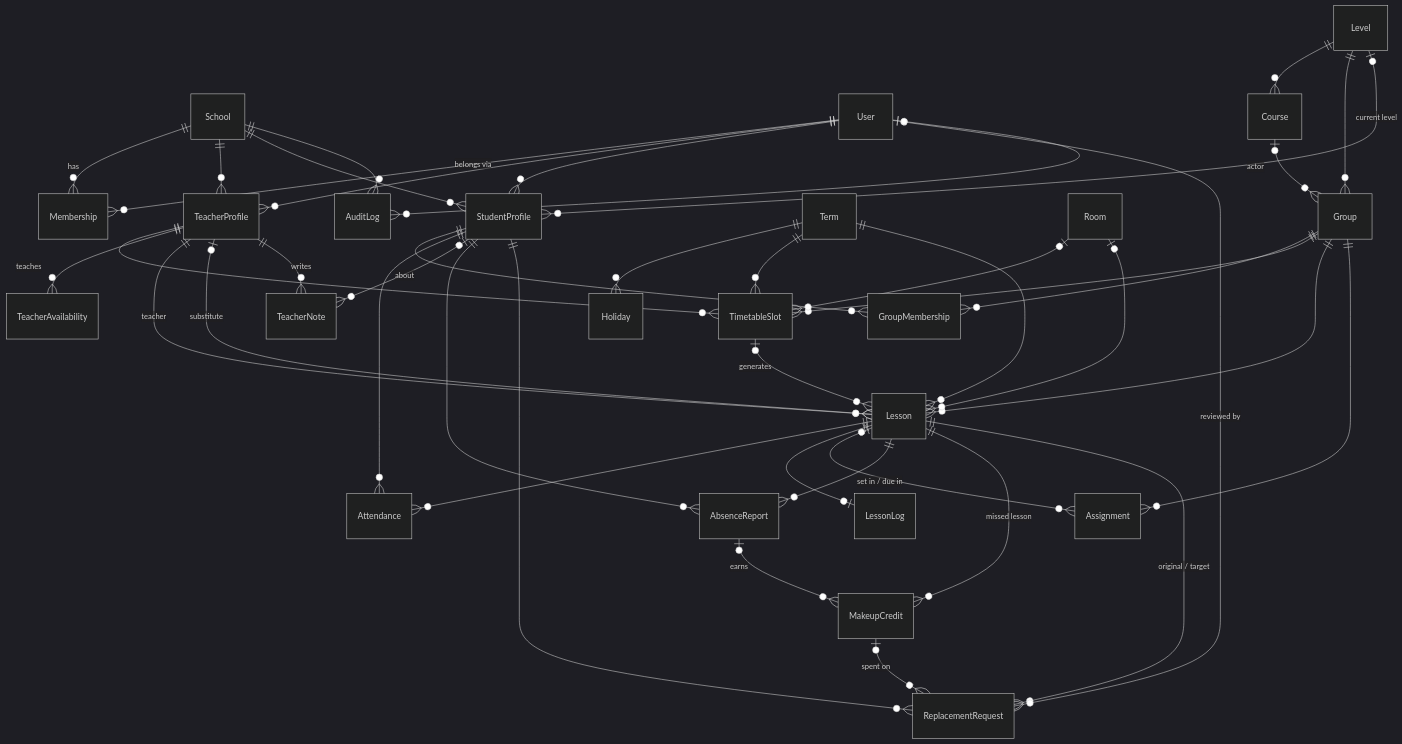
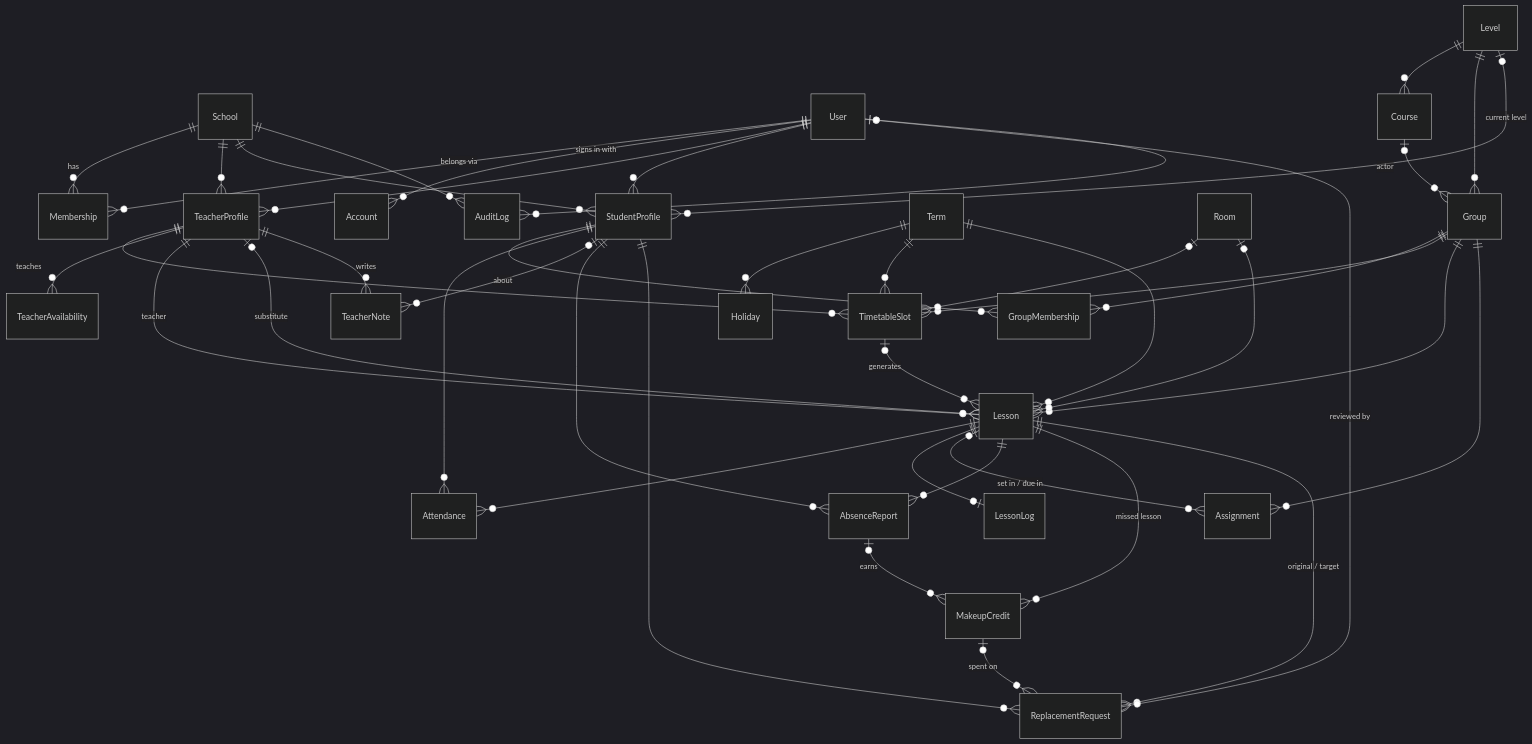
Before and after one commit to NoncommissionedRush/schoolmanager: the diagram in docs/architecture/data-model.md, drawn with Mermaid (dark theme). The commit also changed other lines of this file and 6 other files, not shown here.

````diff
--- a/docs/architecture/data-model.md
+++ b/docs/architecture/data-model.md
@@ -104,50 +120,51 @@
 ```mermaid
 erDiagram
   School ||--o{ Membership : has
   User ||--o{ Membership : "belongs via"
+  User ||--o{ Account : "signs in with"
   User ||--o{ TeacherProfile : ""
   User ||--o{ StudentProfile : ""
   School ||--o{ TeacherProfile : ""
   School ||--o{ StudentProfile : ""
 
   Level ||--o{ Course : ""
   Level ||--o{ Group : ""
   Level |o--o{ StudentProfile : "current level"
   Course |o--o{ Group : ""
   Group ||--o{ GroupMembership : ""
   StudentProfile ||--o{ GroupMembership : ""
 
   Term ||--o{ Holiday : ""
   Term ||--o{ TimetableSlot : ""
   Group ||--o{ TimetableSlot : ""
   TeacherProfile ||--o{ TimetableSlot : teaches
   Room |o--o{ TimetableSlot : ""
   TeacherProfile ||--o{ TeacherAvailability : ""
 
   TimetableSlot |o--o{ Lesson : generates
   Term ||--o{ Lesson : ""
   Group ||--o{ Lesson : ""
   TeacherProfile ||--o{ Lesson : teacher
   TeacherProfile |o--o{ Lesson : substitute
   Room |o--o{ Lesson : ""
 
   Lesson ||--o{ Attendance : ""
   StudentProfile ||--o{ Attendance : ""
   Lesson ||--o| LessonLog : ""
   Group ||--o{ Assignment : ""
   Lesson |o--o{ Assignment : "set in / due in"
   TeacherProfile ||--o{ TeacherNote : writes
   StudentProfile |o--o{ TeacherNote : about
 
   Lesson ||--o{ AbsenceReport : ""
   StudentProfile ||--o{ AbsenceReport : ""
   AbsenceReport |o--o{ MakeupCredit : earns
   Lesson ||--o{ MakeupCredit : "missed lesson"
   MakeupCredit |o--o{ ReplacementRequest : "spent on"
   Lesson ||--o{ ReplacementRequest : "original / target"
   StudentProfile ||--o{ ReplacementRequest : ""
   User |o--o{ ReplacementRequest : "reviewed by"
 
   School ||--o{ AuditLog : ""
   User |o--o{ AuditLog : actor
 ```
````
